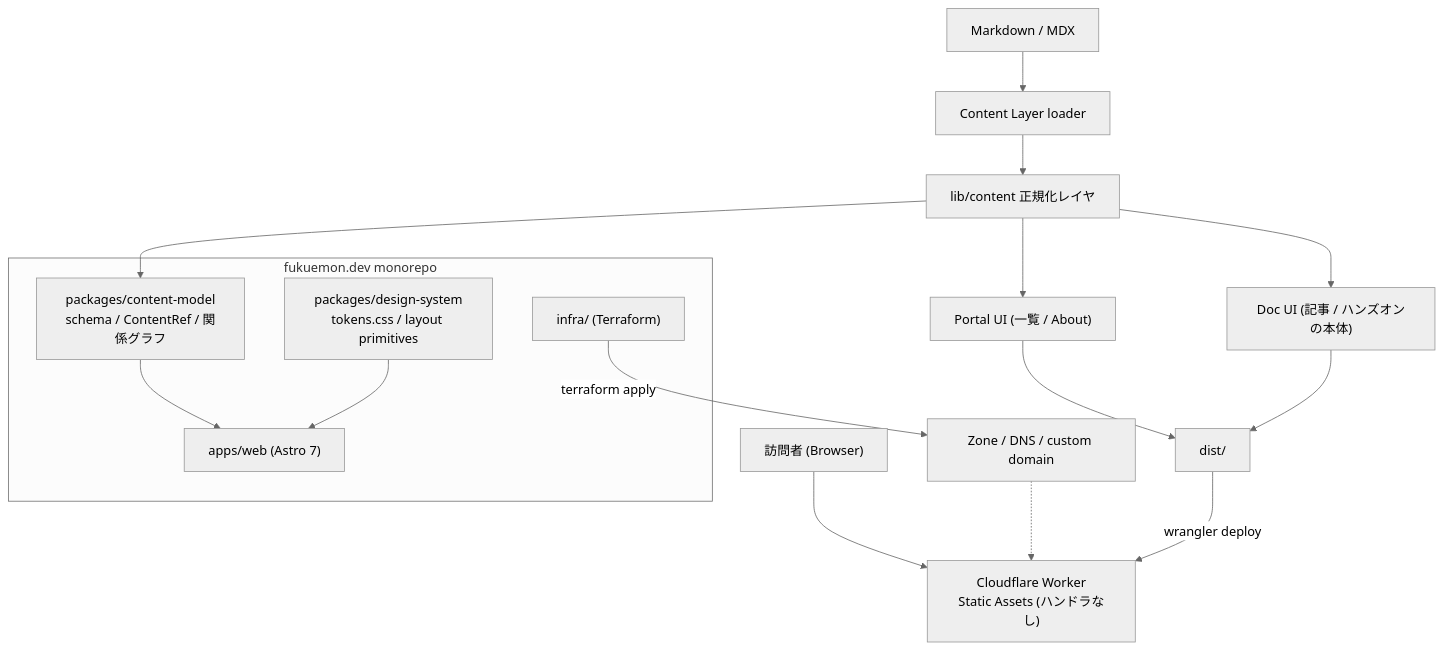
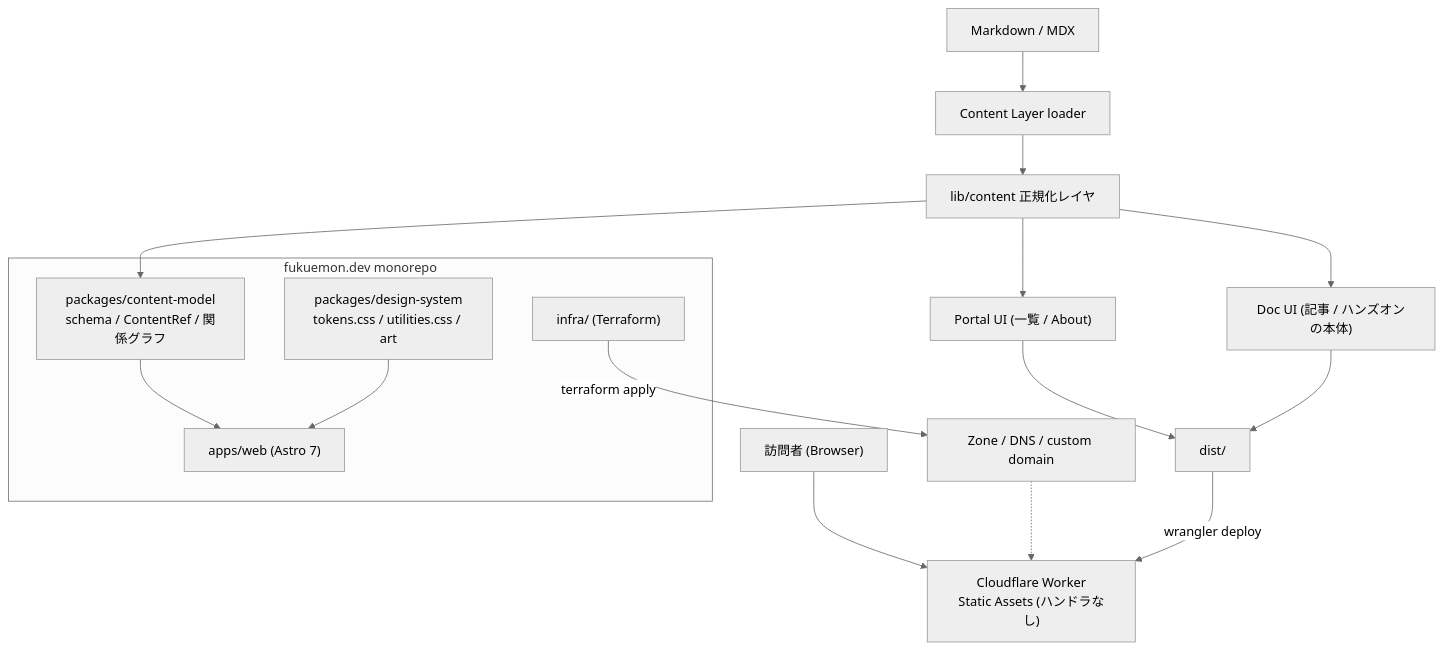
The second of 3 diagrams in design/DesignDoc.md (Fukuemon/fukuemon.dev), drawn with Mermaid (neutral theme) before and after one commit. The commit also changed other lines of this file and 6 other files, not shown here.

````diff
--- a/design/DesignDoc.md
+++ b/design/DesignDoc.md
@@ -220,24 +222,24 @@
 ```mermaid
 flowchart TD
     reader["訪問者 (Browser)"] --> worker["Cloudflare Worker<br/>Static Assets (ハンドラなし)"]
 
     subgraph repo ["fukuemon.dev monorepo"]
         cm["packages/content-model<br/>schema / ContentRef / 関係グラフ"]
-        ds["packages/design-system<br/>tokens.css / layout primitives"]
+        ds["packages/design-system<br/>tokens.css / utilities.css / art"]
         web["apps/web (Astro 7)"]
         infra["infra/ (Terraform)"]
         cm --> web
         ds --> web
     end
 
     md["Markdown / MDX"] --> loader["Content Layer loader"]
     loader --> adapter["lib/content 正規化レイヤ"]
     adapter --> cm
     adapter --> pages["Portal UI (一覧 / About)"]
     adapter --> doc["Doc UI (記事 / ハンズオンの本体)"]
     pages --> dist["dist/"]
     doc --> dist
     dist -->|"wrangler deploy"| worker
     infra -->|"terraform apply"| cfbase["Zone / DNS / custom domain"]
     cfbase -.-> worker
 ```
````
